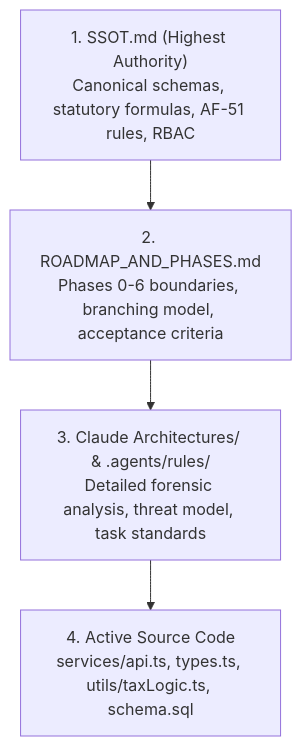
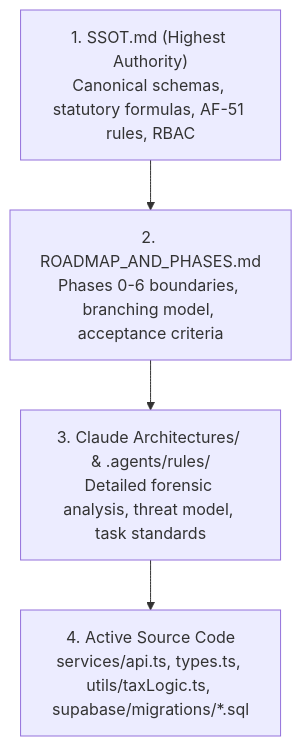
One commit to jeypi-mxnslvs/Municipal-Treasurers-Office-LGU changed the diagram in AGENTS.md. Above: the diagram before and after it, drawn with Mermaid. The commit also changed other lines of this file and 15 other files, not shown here.

````diff
--- a/AGENTS.md
+++ b/AGENTS.md
@@ -19,6 +19,6 @@
 ```mermaid
 graph TD
     SSOT["1. SSOT.md (Highest Authority)<br/>Canonical schemas, statutory formulas, AF-51 rules, RBAC"] --> Roadmap["2. ROADMAP_AND_PHASES.md<br/>Phases 0-6 boundaries, branching model, acceptance criteria"]
     Roadmap --> ClaudeArch["3. Claude Architectures/ & .agents/rules/<br/>Detailed forensic analysis, threat model, task standards"]
-    ClaudeArch --> ExistingCode["4. Active Source Code<br/>services/api.ts, types.ts, utils/taxLogic.ts, schema.sql"]
+    ClaudeArch --> ExistingCode["4. Active Source Code<br/>services/api.ts, types.ts, utils/taxLogic.ts, supabase/migrations/*.sql"]
 ```
````
